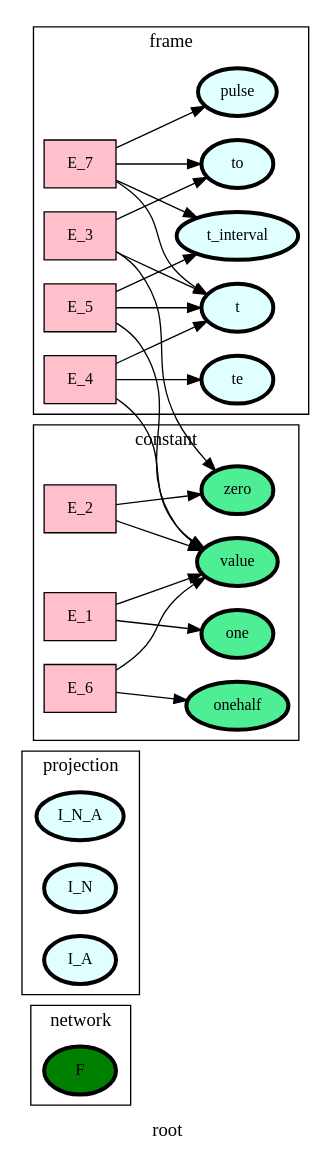
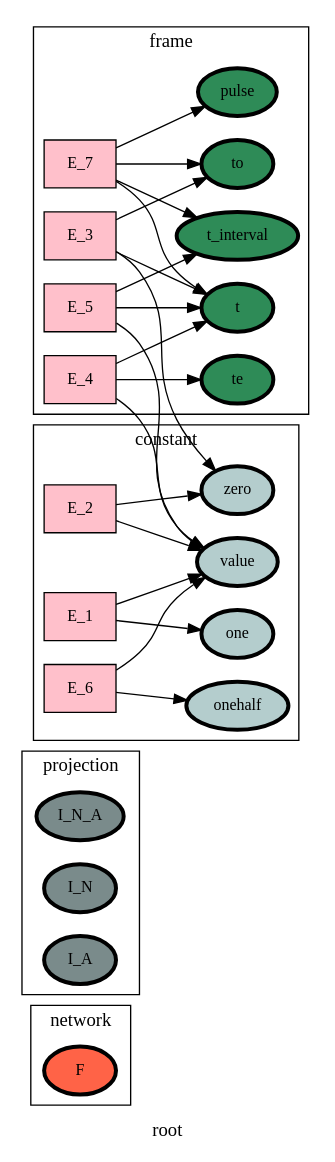
Before and after one commit to heinz-preisig/sandbox21: the diagram in ontology_graphs/graph__root.dot, drawn with Graphviz. The commit also changed 137 other files, not shown here.

```diff
--- a/ontology_graphs/graph__root.dot
+++ b/ontology_graphs/graph__root.dot
@@ -1,68 +1,68 @@
 digraph root {
 label=root;
 rankdir=LR;
 subgraph cluster_root___network {
 label=network;
 rankdir=LR;
-V_10 [fillcolor=green, fontsize=12, label=F, penwidth=3, style=filled];
+V_10 [fillcolor=tomato, fontsize=12, label=F, penwidth=3, style=filled];
 }
 
 subgraph cluster_root___projection {
 label=projection;
 rankdir=LR;
-V_48 [fillcolor=lightcyan, fontsize=12, label=I_N_A, penwidth=3, style=filled];
-V_96 [fillcolor=lightcyan, fontsize=12, label=I_N, penwidth=3, style=filled];
-V_97 [fillcolor=lightcyan, fontsize=12, label=I_A, penwidth=3, style=filled];
+V_48 [fillcolor=lightcyan4, fontsize=12, label=I_N_A, penwidth=3, style=filled];
+V_96 [fillcolor=lightcyan4, fontsize=12, label=I_N, penwidth=3, style=filled];
+V_97 [fillcolor=lightcyan4, fontsize=12, label=I_A, penwidth=3, style=filled];
 }
 
 E_3 -> V_3  [splines=ortho];
 E_3 -> V_4  [splines=ortho];
 E_4 -> V_1  [splines=ortho];
 E_4 -> V_4  [splines=ortho];
 E_5 -> V_1  [splines=ortho];
 E_5 -> V_4  [splines=ortho];
 E_7 -> V_4  [splines=ortho];
 E_7 -> V_5  [splines=ortho];
 E_7 -> V_7  [splines=ortho];
 subgraph cluster_root___frame {
 label=frame;
 rankdir=LR;
-V_4 [fillcolor=lightcyan1, fontsize=12, label=t, penwidth=3, style=filled];
-V_5 [fillcolor=lightcyan1, fontsize=12, label=to, penwidth=3, style=filled];
-V_6 [fillcolor=lightcyan1, fontsize=12, label=te, penwidth=3, style=filled];
-V_7 [fillcolor=lightcyan1, fontsize=12, label=t_interval, penwidth=3, style=filled];
-V_9 [fillcolor=lightcyan1, fontsize=12, label=pulse, penwidth=3, style=filled];
+V_4 [fillcolor=seagreen4, fontsize=12, label=t, penwidth=3, style=filled];
+V_5 [fillcolor=seagreen4, fontsize=12, label=to, penwidth=3, style=filled];
+V_6 [fillcolor=seagreen4, fontsize=12, label=te, penwidth=3, style=filled];
+V_7 [fillcolor=seagreen4, fontsize=12, label=t_interval, penwidth=3, style=filled];
+V_9 [fillcolor=seagreen4, fontsize=12, label=pulse, penwidth=3, style=filled];
 E_3 [fillcolor=pink, fontsize=12, shape=box, style=filled];
 E_3 -> V_5  [splines=ortho];
 E_4 [fillcolor=pink, fontsize=12, shape=box, style=filled];
 E_4 -> V_6  [splines=ortho];
 E_5 [fillcolor=pink, fontsize=12, shape=box, style=filled];
 E_5 -> V_7  [splines=ortho];
 E_7 [fillcolor=pink, fontsize=12, shape=box, style=filled];
 E_7 -> V_9  [splines=ortho];
 }
 
 subgraph cluster_root___state {
 label=state;
 rankdir=LR;
 }
 
 E_1 -> V_1  [splines=ortho];
 E_2 -> V_1  [splines=ortho];
 E_6 -> V_1  [splines=ortho];
 subgraph cluster_root___constant {
 label=constant;
 rankdir=LR;
-V_1 [fillcolor=seagreen2, fontsize=12, label=value, penwidth=3, style=filled];
-V_2 [fillcolor=seagreen2, fontsize=12, label=one, penwidth=3, style=filled];
-V_3 [fillcolor=seagreen2, fontsize=12, label=zero, penwidth=3, style=filled];
-V_8 [fillcolor=seagreen2, fontsize=12, label=onehalf, penwidth=3, style=filled];
+V_1 [fillcolor=lightcyan3, fontsize=12, label=value, penwidth=3, style=filled];
+V_2 [fillcolor=lightcyan3, fontsize=12, label=one, penwidth=3, style=filled];
+V_3 [fillcolor=lightcyan3, fontsize=12, label=zero, penwidth=3, style=filled];
+V_8 [fillcolor=lightcyan3, fontsize=12, label=onehalf, penwidth=3, style=filled];
 E_1 [fillcolor=pink, fontsize=12, shape=box, style=filled];
 E_1 -> V_2  [splines=ortho];
 E_2 [fillcolor=pink, fontsize=12, shape=box, style=filled];
 E_2 -> V_3  [splines=ortho];
 E_6 [fillcolor=pink, fontsize=12, shape=box, style=filled];
 E_6 -> V_8  [splines=ortho];
 }
 
 }
```
